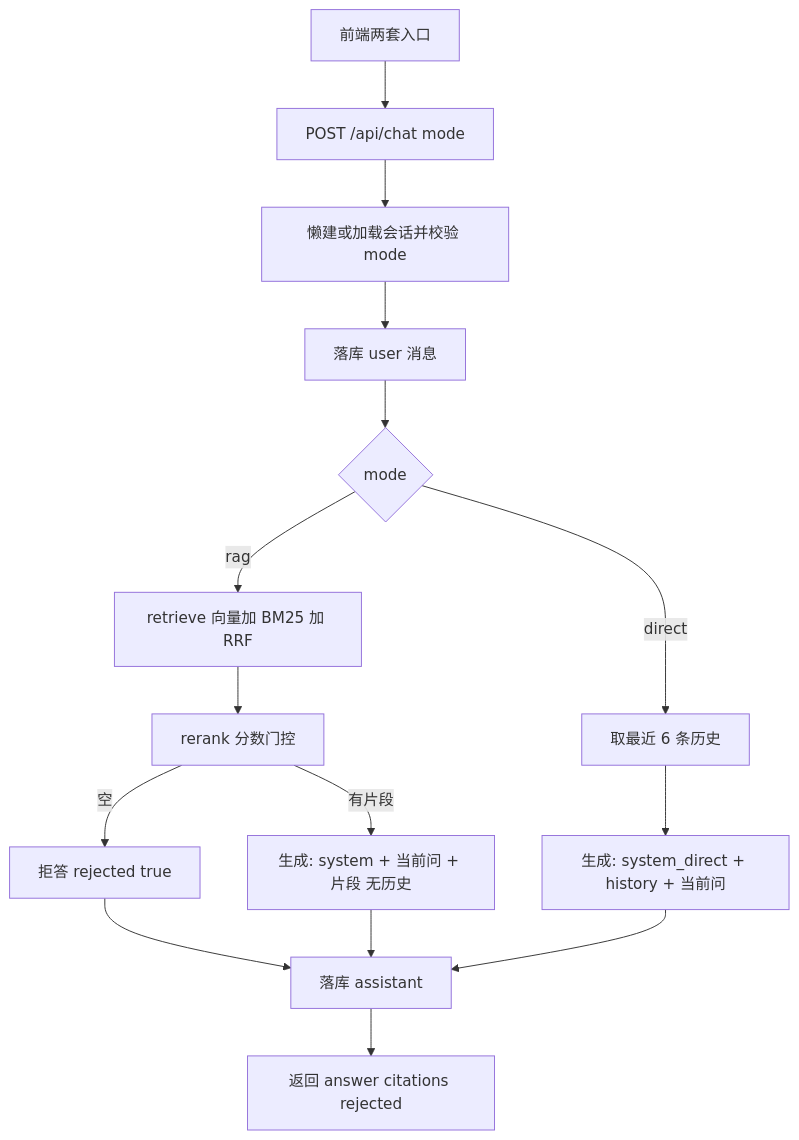
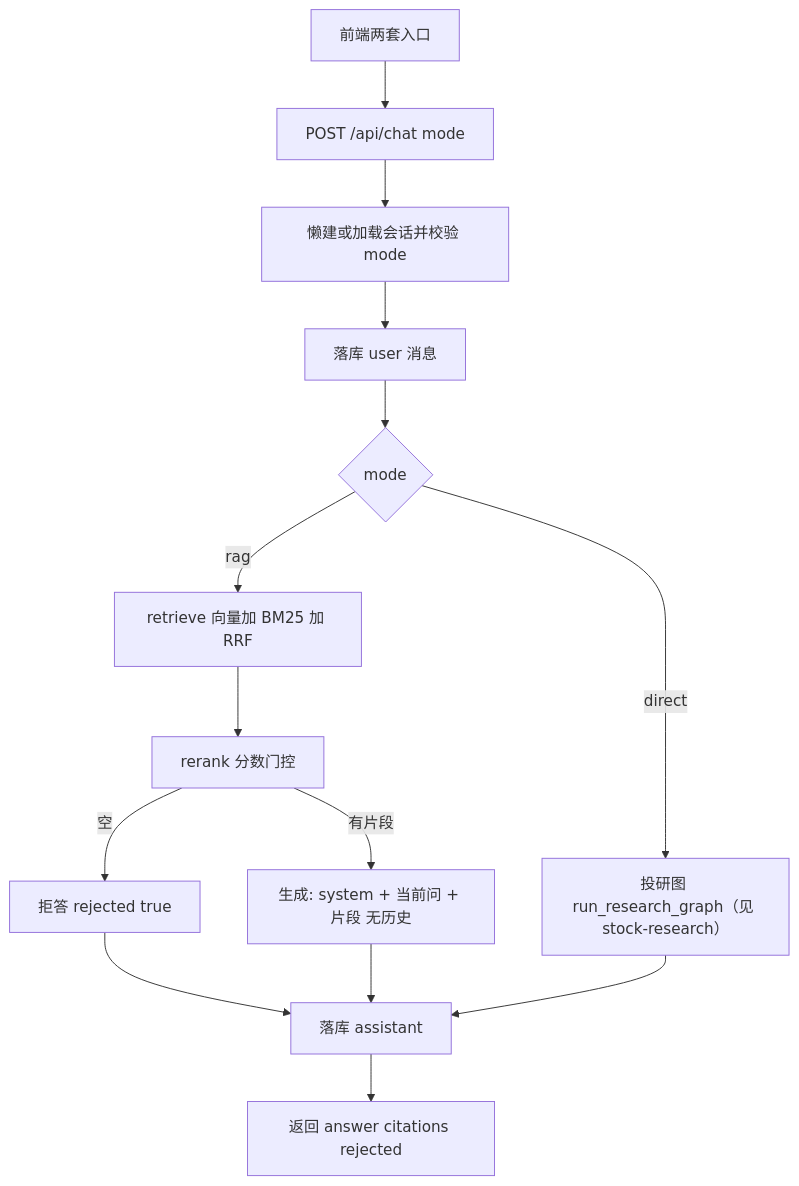
One commit to muguangmgy/knowledge-hub changed the diagram in .docs/chat-dual-mode-design.md. Above: the diagram before and after it, drawn with Mermaid. The commit also changed other lines of this file and 50 other files, not shown here.

````diff
--- a/.docs/chat-dual-mode-design.md
+++ b/.docs/chat-dual-mode-design.md
@@ -53,17 +56,16 @@
 ```mermaid
 flowchart TD
   client[前端两套入口] --> postChat["POST /api/chat mode"]
   postChat --> resolveConv[懒建或加载会话并校验 mode]
   resolveConv --> saveUser[落库 user 消息]
   saveUser --> branch{mode}
   branch -->|rag| retrieve[retrieve 向量加 BM25 加 RRF]
   retrieve --> rerank[rerank 分数门控]
   rerank -->|空| reject[拒答 rejected true]
   rerank -->|有片段| genRag["生成: system + 当前问 + 片段 无历史"]
-  branch -->|direct| loadHist[取最近 6 条历史]
-  loadHist --> genDirect["生成: system_direct + history + 当前问"]
+  branch -->|direct| askDirect["投研图 run_research_graph（见 stock-research）"]
   reject --> saveAsst[落库 assistant]
   genRag --> saveAsst
-  genDirect --> saveAsst
+  askDirect --> saveAsst
   saveAsst --> resp[返回 answer citations rejected]
 ```
````
